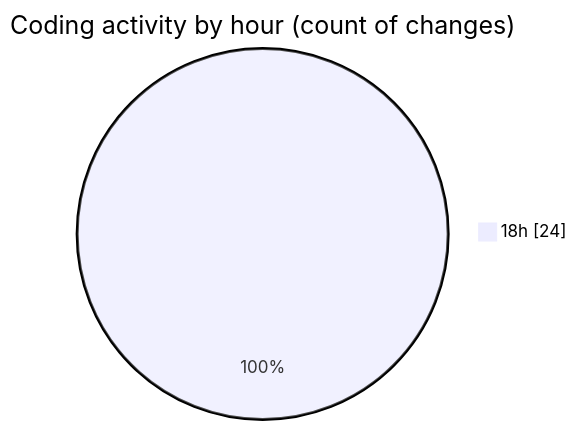
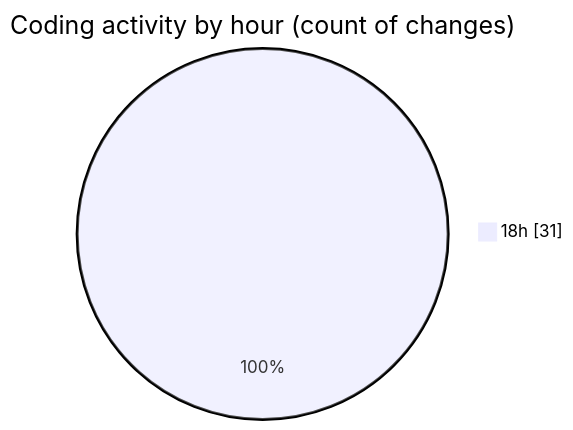
Before and after one commit to Netris89/code-tracking: the second of 2 diagrams in 2025-04-06/back-end/README.md, drawn with Mermaid. The commit also changed other lines of this file and 1 other file, not shown here.

````diff
--- a/2025-04-06/back-end/README.md
+++ b/2025-04-06/back-end/README.md
@@ -31,5 +31,5 @@
 ```mermaid
 pie showData
 title Coding activity by hour (count of changes)
-"18h" : 24
+"18h" : 31
 ```
````
